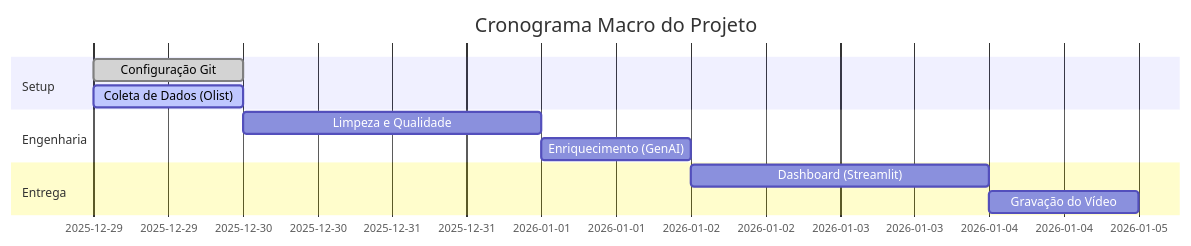
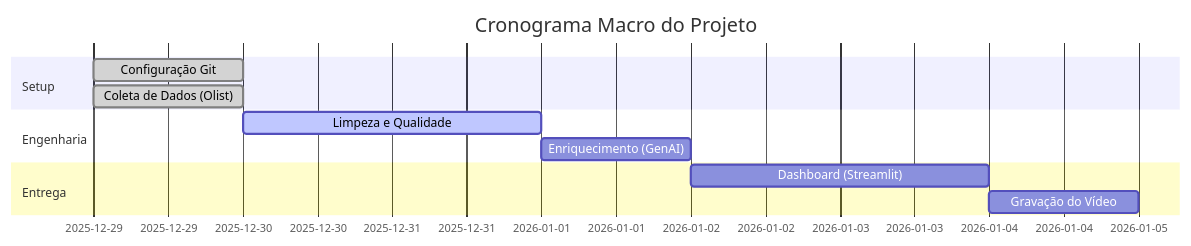
One commit to Luizrev/LUIZ_SOUZA_DDF_TECH_122025 changed the diagram in docs/planejamento.md. Above: the diagram before and after it, drawn with Mermaid. The commit also changed other lines of this file, not shown here.

Commit message:
Atualizando o planejamento

````diff
--- a/docs/planejamento.md
+++ b/docs/planejamento.md
@@ -27,14 +27,14 @@
 ```mermaid
 gantt
     title Cronograma Macro do Projeto
     dateFormat  YYYY-MM-DD
     section Setup
     Configuração Git          :done,    des1, 2025-12-29, 1d
-    Coleta de Dados (Olist)   :active,  des2, 2025-12-29, 1d
+    Coleta de Dados (Olist)   :done,    des2, 2025-12-29, 1d
     section Engenharia
-    Limpeza e Qualidade       :         des3, after des2, 2d
+    Limpeza e Qualidade       :active,  des3, after des2, 2d
     Enriquecimento (GenAI)    :         des4, after des3, 1d
     section Entrega
     Dashboard (Streamlit)     :         des5, after des4, 2d
     Gravação do Vídeo         :         des6, after des5, 1d
 ```
````
